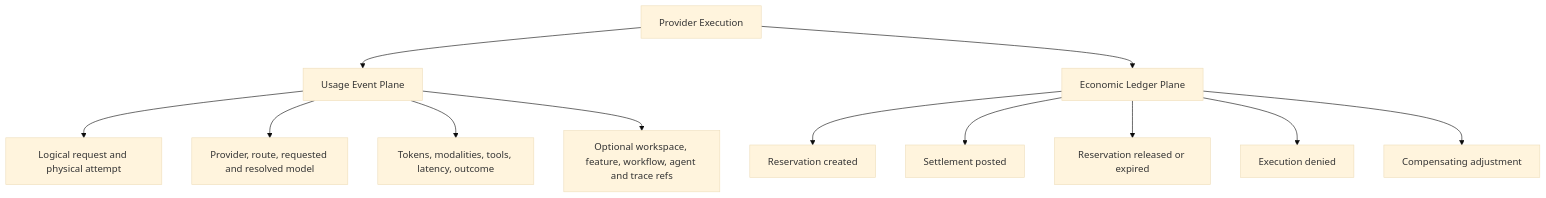
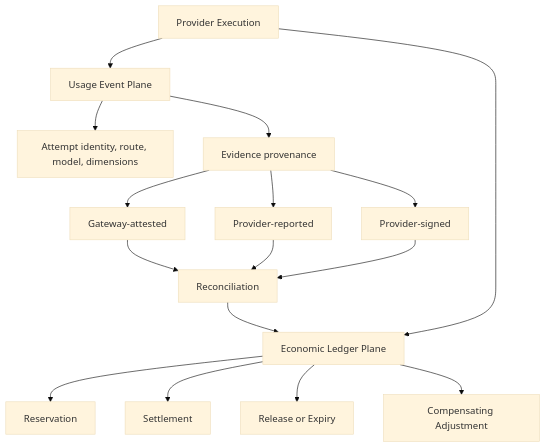
The second of 11 diagrams in FLOWS.md (MJohnstonAI/ai-billing-delegation), drawn with Mermaid (base theme) before and after one commit. The commit also changed other lines of this file, not shown here.

Commit message:
docs: add ABDS v0.6 evidence and reconciliation flows

````diff
--- a/FLOWS.md
+++ b/FLOWS.md
@@ -29,17 +31,20 @@
 ```mermaid
 flowchart TD
-    X[Provider Execution]
-    X --> U[Usage Event Plane]
+    X[Provider Execution] --> U[Usage Event Plane]
     X --> L[Economic Ledger Plane]
 
-    U --> U1[Logical request and physical attempt]
-    U --> U2[Provider, route, requested and resolved model]
-    U --> U3[Tokens, modalities, tools, latency, outcome]
-    U --> U4[Optional workspace, feature, workflow, agent and trace refs]
+    U --> A[Attempt identity, route, model, dimensions]
+    U --> E[Evidence provenance]
+    E --> G[Gateway-attested]
+    E --> R[Provider-reported]
+    E --> S[Provider-signed]
+    G --> Q[Reconciliation]
+    R --> Q
+    S --> Q
+    Q --> L
 
-    L --> L1[Reservation created]
-    L --> L2[Settlement posted]
-    L --> L3[Reservation released or expired]
-    L --> L4[Execution denied]
-    L --> L5[Compensating adjustment]
+    L --> L1[Reservation]
+    L --> L2[Settlement]
+    L --> L3[Release or Expiry]
+    L --> L4[Compensating Adjustment]
 ```
````
